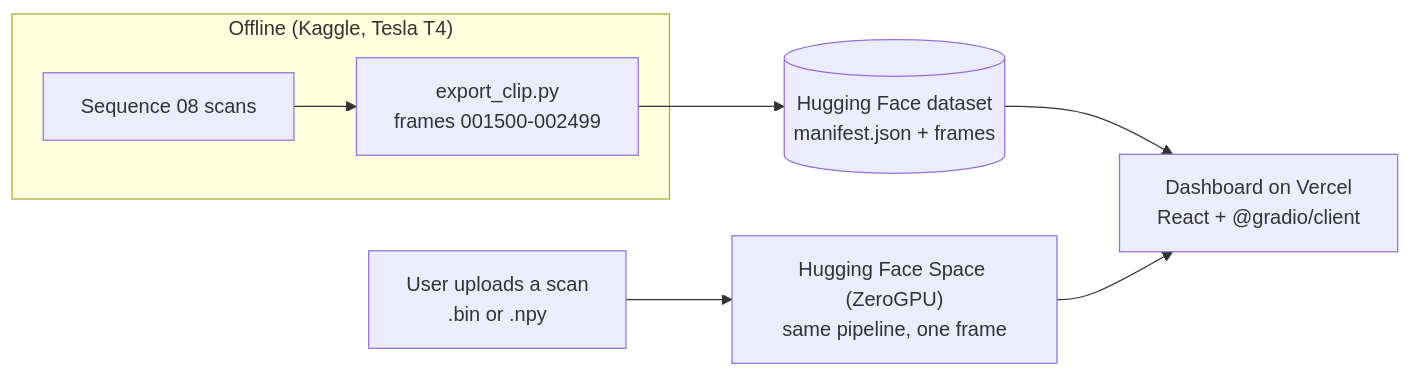
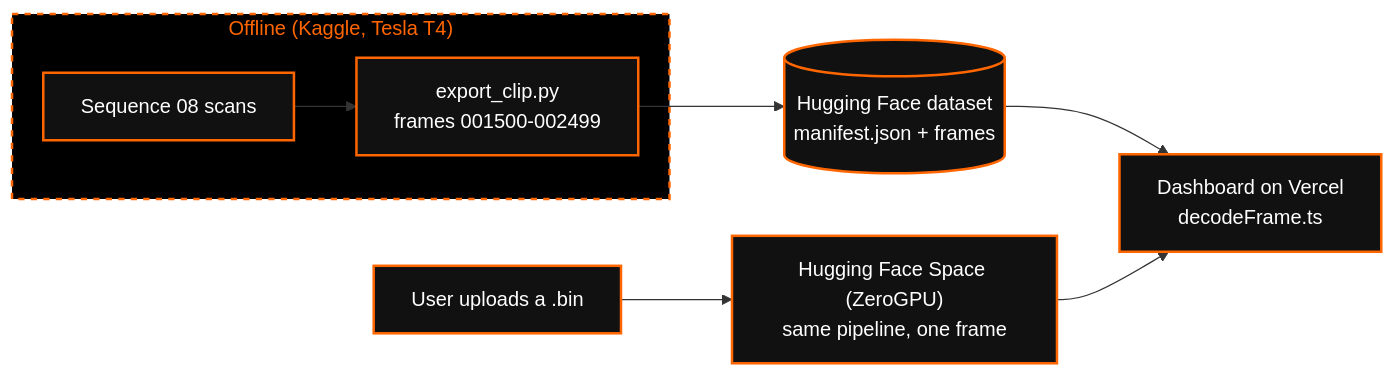
The second of 2 diagrams in README.md (point-matrix/AS2.5LM), drawn with Mermaid before and after one commit. The commit also changed other lines of this file, not shown here.

````diff
--- a/README.md
+++ b/README.md
@@ -54,10 +60,13 @@
 ```mermaid
 flowchart LR
+    classDef default fill:#111111,stroke:#FF6600,stroke-width:2px,color:#FFFFFF;
+    style OFF fill:#000000,stroke:#FF6600,stroke-width:2px,color:#FF6600,stroke-dasharray: 5 5;
+
     subgraph OFF["Offline (Kaggle, Tesla T4)"]
         S1["Sequence 08 scans"] --> P1["export_clip.py<br/>frames 001500-002499"]
     end
     P1 --> DS[("Hugging Face dataset<br/>manifest.json + frames")]
-    U["User uploads a scan<br/>.bin or .npy"] --> SP["Hugging Face Space (ZeroGPU)<br/>same pipeline, one frame"]
-    DS --> W["Dashboard on Vercel<br/>React + @gradio/client"]
+    U["User uploads a .bin"] --> SP["Hugging Face Space (ZeroGPU)<br/>same pipeline, one frame"]
+    DS --> W["Dashboard on Vercel<br/>decodeFrame.ts"]
     SP --> W
 ```
````
